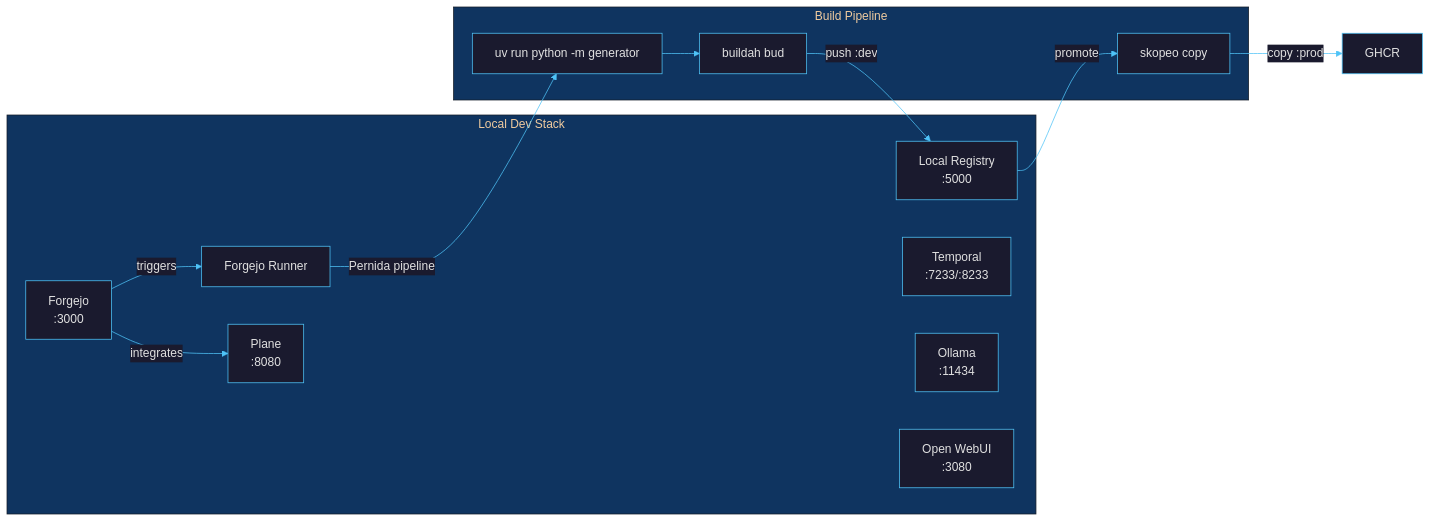
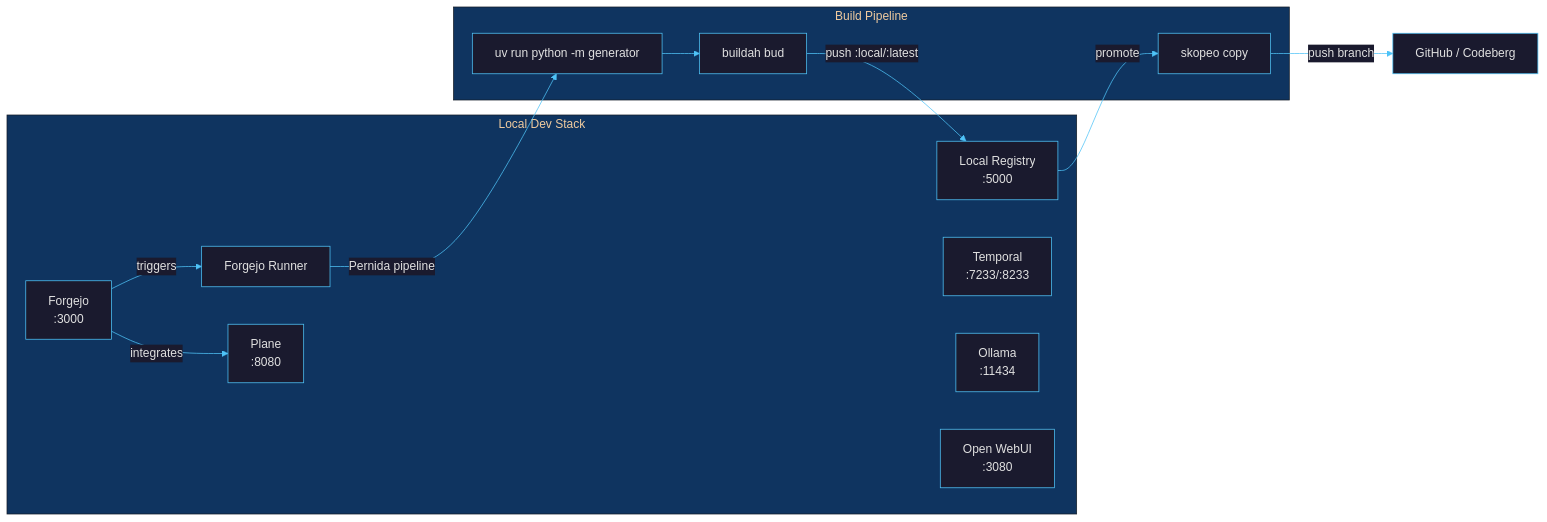
Before and after one commit to borninthedark/exousia: the diagram in docs/local-build-pipeline.md, drawn with Mermaid. The commit also changed other lines of this file and 3 other files, not shown here.

````diff
--- a/docs/local-build-pipeline.md
+++ b/docs/local-build-pipeline.md
@@ -9,27 +9,27 @@
 ```mermaid
 %%{init: {'theme': 'base', 'themeVariables': {'primaryColor': '#1a1a2e', 'primaryTextColor': '#e0e0e0', 'primaryBorderColor': '#4fc3f7', 'lineColor': '#4fc3f7', 'secondaryColor': '#16213e', 'tertiaryColor': '#0f3460', 'edgeLabelBackground': '#1a1a2e'}}}%%
 graph LR
     subgraph LOCAL["Local Dev Stack"]
         FG["Forgejo<br/>:3000"]
         RN["Forgejo Runner"]
         REG["Local Registry<br/>:5000"]
         PL["Plane<br/>:8080"]
         TMP["Temporal<br/>:7233/:8233"]
         OLL["Ollama<br/>:11434"]
         OWU["Open WebUI<br/>:3080"]
     end
 
     subgraph BUILD["Build Pipeline"]
         GEN["uv run python -m generator"]
         BA["buildah bud"]
         SK["skopeo copy"]
     end
 
     FG -->|triggers| RN
     FG -->|integrates| PL
     RN -->|"Pernida pipeline"| GEN
     GEN --> BA
-    BA -->|"push :dev"| REG
+    BA -->|"push :local/:latest"| REG
     REG -->|promote| SK
-    SK -->|"copy :prod"| GH["GHCR"]
+    SK -->|"push branch"| GH["GitHub / Codeberg"]
 ```
````
